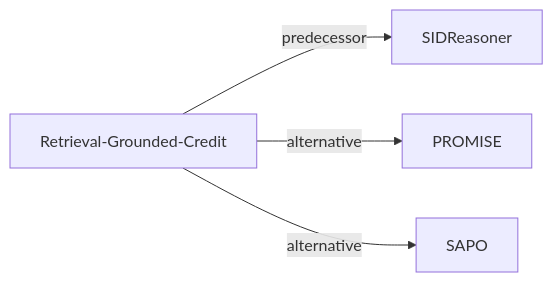
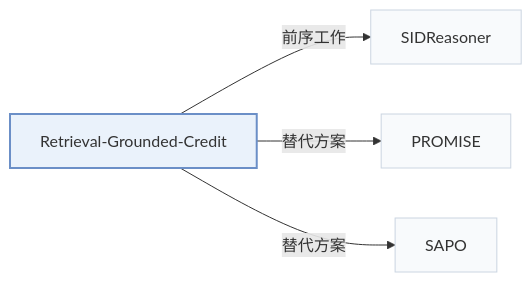
One commit to Galaxy-ghost/Awesome-SID-Generative-Rec changed the second of 2 diagrams in pages/zh/papers/retrieval-grounded-credit.md. Above: the diagram before and after it, drawn with Mermaid. The commit also changed other lines of this file and 649 other files, not shown here.

Commit message:
writer-05: also tags and modality index (schema, check, build, visuals); summary field removed; calibration data for 12 papers

````diff
--- a/pages/zh/papers/retrieval-grounded-credit.md
+++ b/pages/zh/papers/retrieval-grounded-credit.md
@@ -68,7 +74,11 @@
 ```mermaid
 flowchart LR
     P["Retrieval-Grounded-Credit"]
-    P -->|predecessor| A["SIDReasoner"]
-    P -->|alternative| B["PROMISE"]
-    P -->|alternative| C["SAPO"]
+    P -->|"前序工作"| A["SIDReasoner"]
+    P -->|"替代方案"| B["PROMISE"]
+    P -->|"替代方案"| C["SAPO"]
+    classDef main fill:#eaf2fb,stroke:#6b8fc7,stroke-width:2px
+    classDef peer fill:#f8fafc,stroke:#cbd5e1
+    class P main
+    class A,B,C peer
 ```
````
